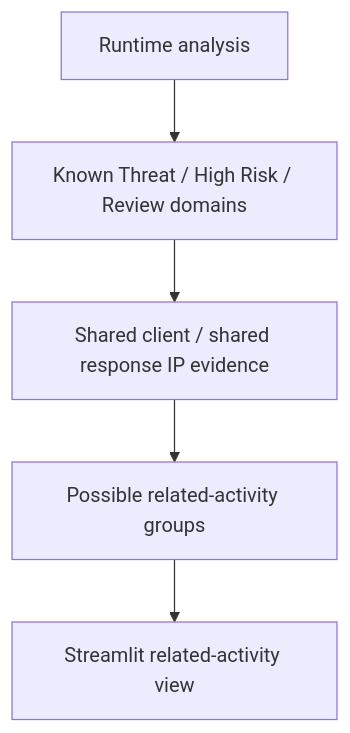
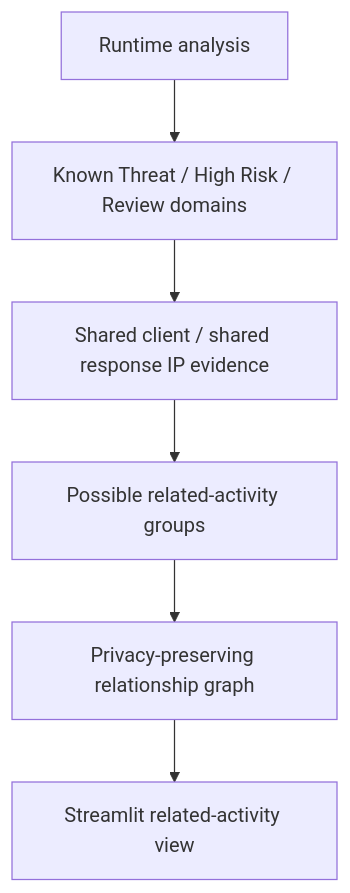
The fifth of 6 diagrams in docs/ARCHITECTURE.md (ConquestorYa/threatfusion-ai), drawn with Mermaid before and after one commit. The commit also changed other lines of this file, not shown here.

Commit message:
docs: document relationship graph architecture

````diff
--- a/docs/ARCHITECTURE.md
+++ b/docs/ARCHITECTURE.md
@@ -88,7 +88,8 @@
 ```mermaid
 flowchart TD
     Runtime[Runtime analysis] --> Suspicious[Known Threat / High Risk / Review domains]
     Suspicious --> Evidence[Shared client / shared response IP evidence]
     Evidence --> Cluster[Possible related-activity groups]
-    Cluster --> Dashboard[Streamlit related-activity view]
+    Cluster --> Graph[Privacy-preserving relationship graph]
+    Graph --> Dashboard[Streamlit related-activity view]
 ```
````
